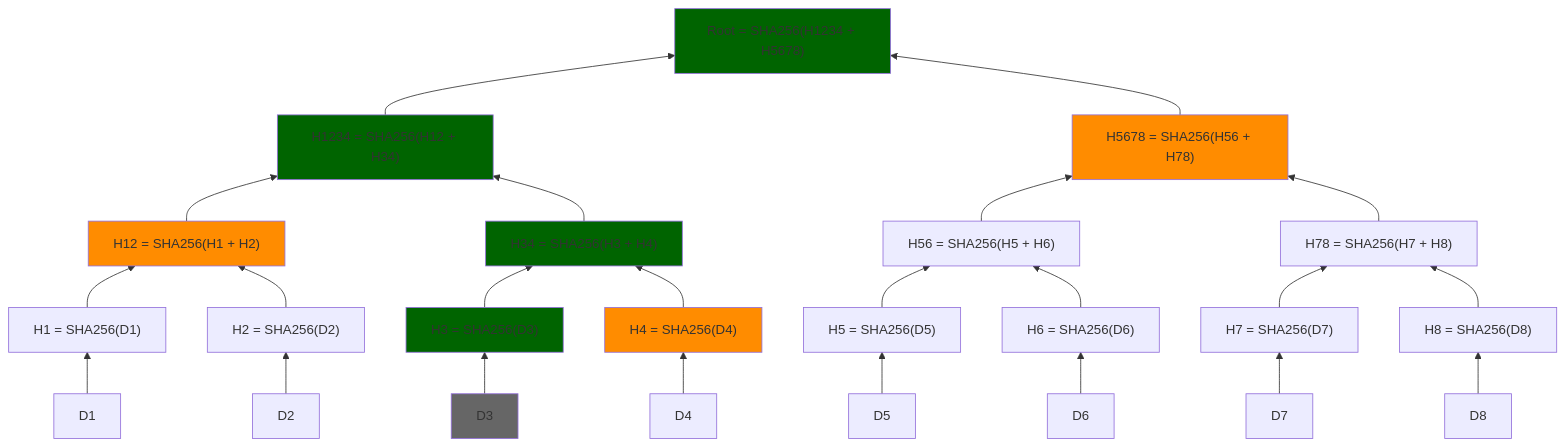
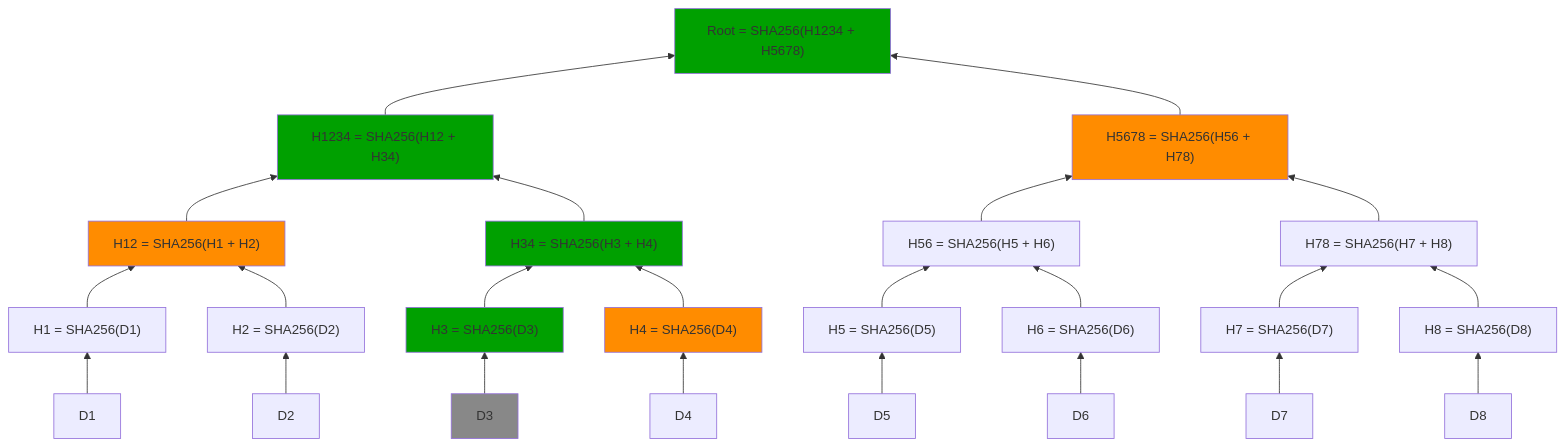
The third of 3 diagrams in doc/concept/merkle-tree.md (project-origin/docs), drawn with Mermaid before and after one commit. The commit also changed 9 other files, not shown here.

````diff
--- a/doc/concept/merkle-tree.md
+++ b/doc/concept/merkle-tree.md
@@ -106,37 +106,37 @@
 ```mermaid
 graph BT
   D1["D1"] --> H1["H1 = SHA256(D1)"]
   D2["D2"] --> H2["H2 = SHA256(D2)"]
   D3["D3"] --> H3["H3 = SHA256(D3)"]
   D4["D4"] --> H4["H4 = SHA256(D4)"]
   D5["D5"] --> H5["H5 = SHA256(D5)"]
   D6["D6"] --> H6["H6 = SHA256(D6)"]
   D7["D7"] --> H7["H7 = SHA256(D7)"]
   D8["D8"] --> H8["H8 = SHA256(D8)"]
 
   H1 --> H12["H12 = SHA256(H1 + H2)"]
   H2 --> H12
   H3 --> H34["H34 = SHA256(H3 + H4)"]
   H4 --> H34
   H5 --> H56["H56 = SHA256(H5 + H6)"]
   H6 --> H56
   H7 --> H78["H78 = SHA256(H7 + H8)"]
   H8 --> H78
 
   H12 --> H1234["H1234 = SHA256(H12 + H34)"]
   H34 --> H1234
   H56 --> H5678["H5678 = SHA256(H56 + H78)"]
   H78 --> H5678
 
   H1234 --> Root["Root = SHA256(H1234 + H5678)"]
   H5678 --> Root
 
-  style D3 fill:#666666
+  style D3 fill:#888888
   style H4 fill:#FF8C00
-  style H3 fill:#006400
-  style H34 fill:#006400
+  style H3 fill:#00A000
+  style H34 fill:#00A000
   style H12 fill:#FF8C00
-  style H1234 fill:#006400
+  style H1234 fill:#00A000
   style H5678 fill:#FF8C00
-  style Root fill:#006400
+  style Root fill:#00A000
 ```
````
